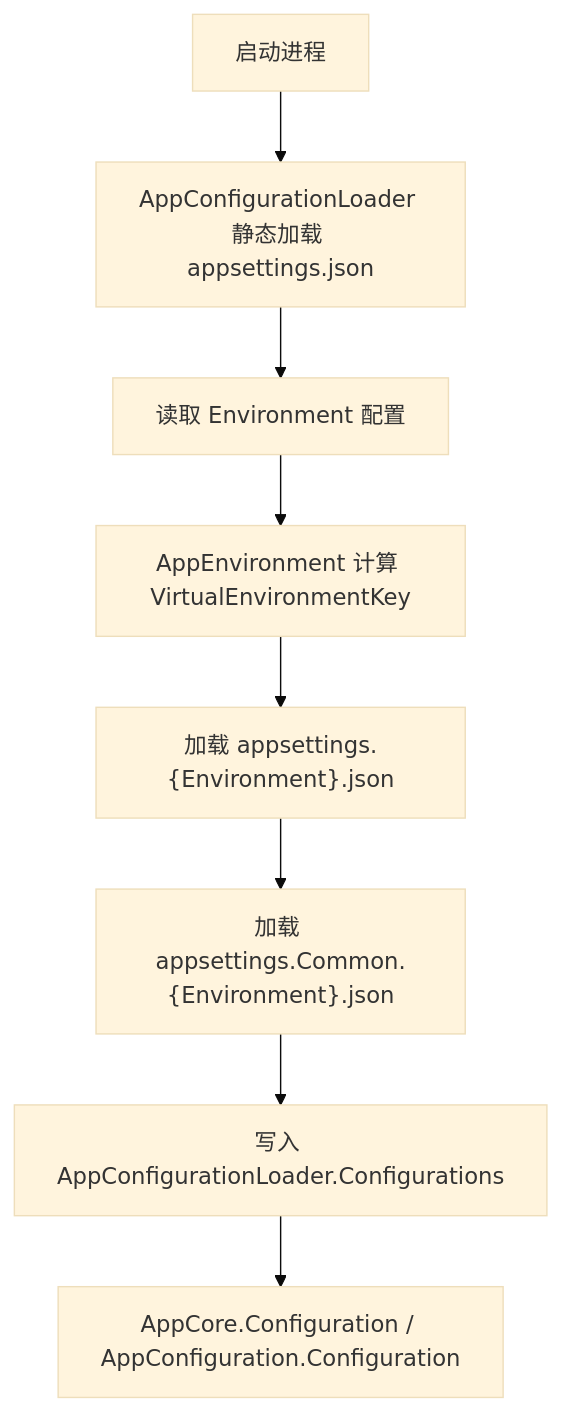
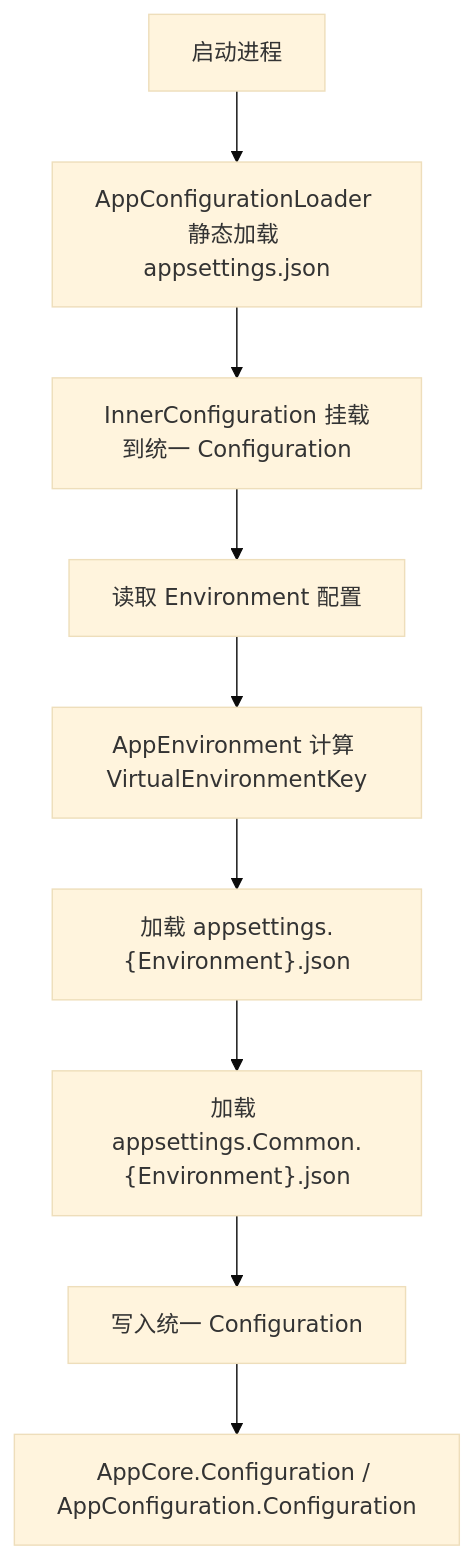
One commit to airmeta/air.cloud changed the diagram in doc/docs/guide/air-cloud-core/config.md. Above: the diagram before and after it, drawn with Mermaid (base theme). The commit also changed other lines of this file and 5 other files, not shown here.

Commit message:
fix: unify app configuration root with inner configuration

````diff
--- a/doc/docs/guide/air-cloud-core/config.md
+++ b/doc/docs/guide/air-cloud-core/config.md
@@ -11,10 +15,11 @@
 ```mermaid
 flowchart TD
     A["启动进程"] --> B["AppConfigurationLoader 静态加载 appsettings.json"]
-    B --> C["读取 Environment 配置"]
-    C --> D["AppEnvironment 计算 VirtualEnvironmentKey"]
-    D --> E["加载 appsettings.{Environment}.json"]
-    E --> F["加载 appsettings.Common.{Environment}.json"]
-    F --> G["写入 AppConfigurationLoader.Configurations"]
-    G --> H["AppCore.Configuration / AppConfiguration.Configuration"]
+    B --> C["InnerConfiguration 挂载到统一 Configuration"]
+    C --> D["读取 Environment 配置"]
+    D --> E["AppEnvironment 计算 VirtualEnvironmentKey"]
+    E --> F["加载 appsettings.{Environment}.json"]
+    F --> G["加载 appsettings.Common.{Environment}.json"]
+    G --> H["写入统一 Configuration"]
+    H --> I["AppCore.Configuration / AppConfiguration.Configuration"]
 ```
````
